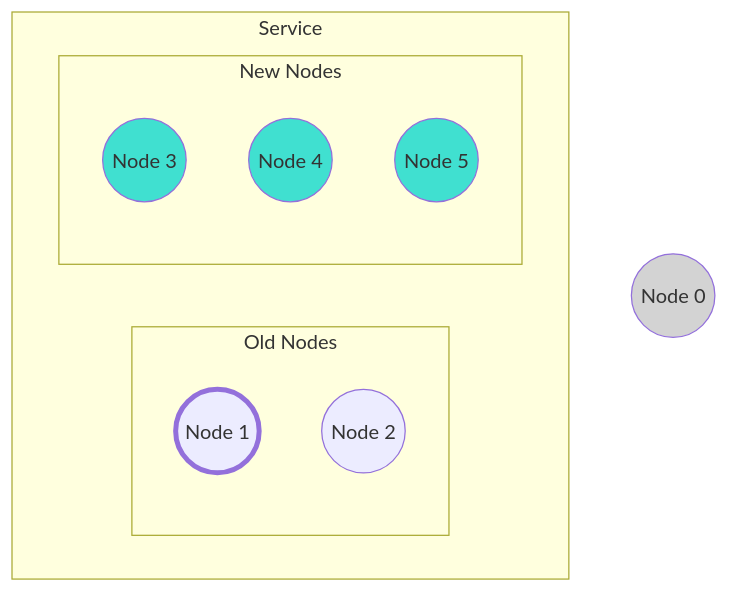
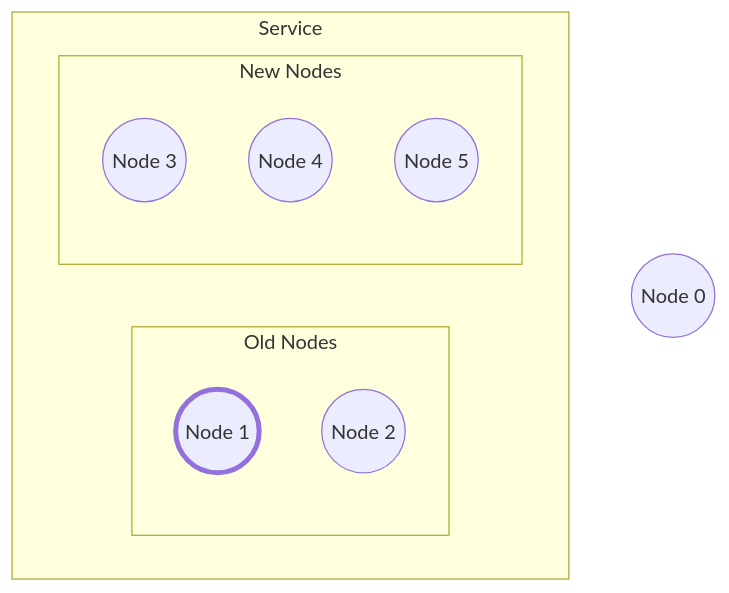
One commit to microsoft/CCF changed the third of 6 diagrams in doc/operations/code_upgrade.rst. Above: the diagram before and after it, drawn with Mermaid. The commit also changed other lines of this file and 27 other files, not shown here.

```diff
--- a/doc/operations/code_upgrade.rst
+++ b/doc/operations/code_upgrade.rst
@@ -75,26 +71,20 @@
 .. mermaid::
 
     graph TB;
-        classDef NewNode fill:Turquoise
-        classDef RetiredNode fill:LightGray
         classDef Primary stroke-width:4px
 
         Node0((Node 0))
-        class Node0 RetiredNode
 
         subgraph Service
             subgraph Old Nodes
                 Node1((Node 1))
                 class Node1 Primary
                 Node2((Node 2))
             end
 
             subgraph New Nodes
                 Node3((Node 3))
                 Node4((Node 4))
                 Node5((Node 5))
-                class Node3 NewNode
-                class Node4 NewNode
-                class Node5 NewNode
             end
         end
```
